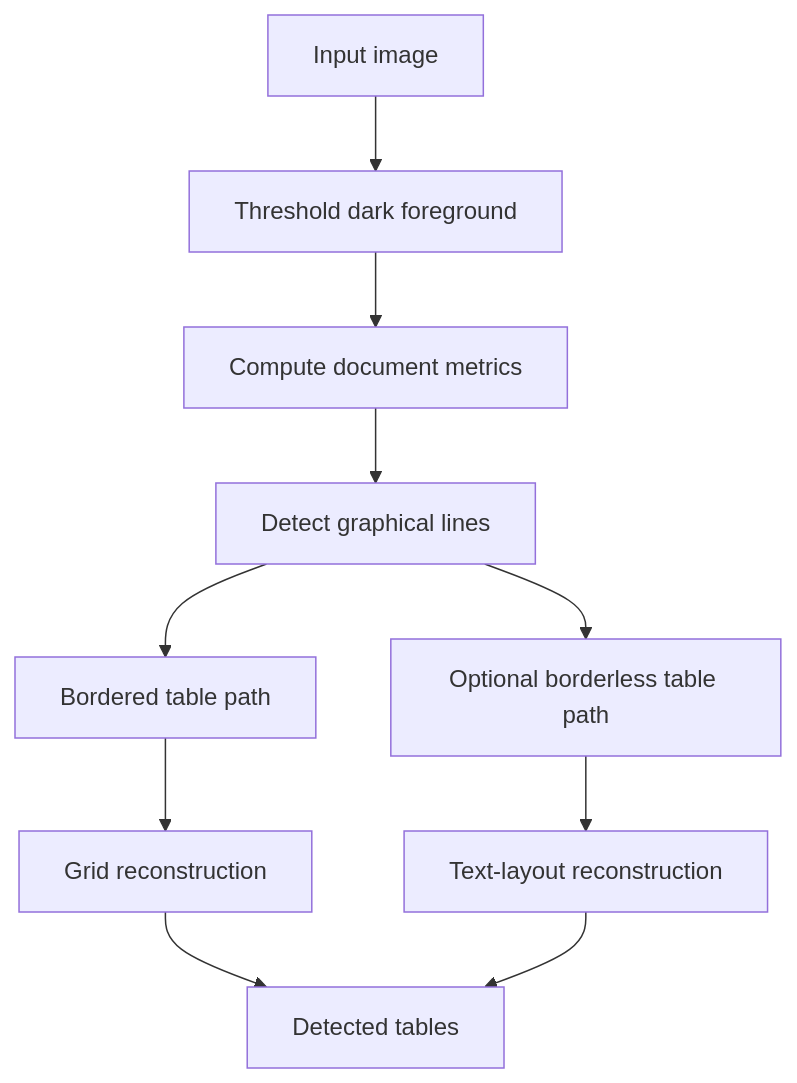
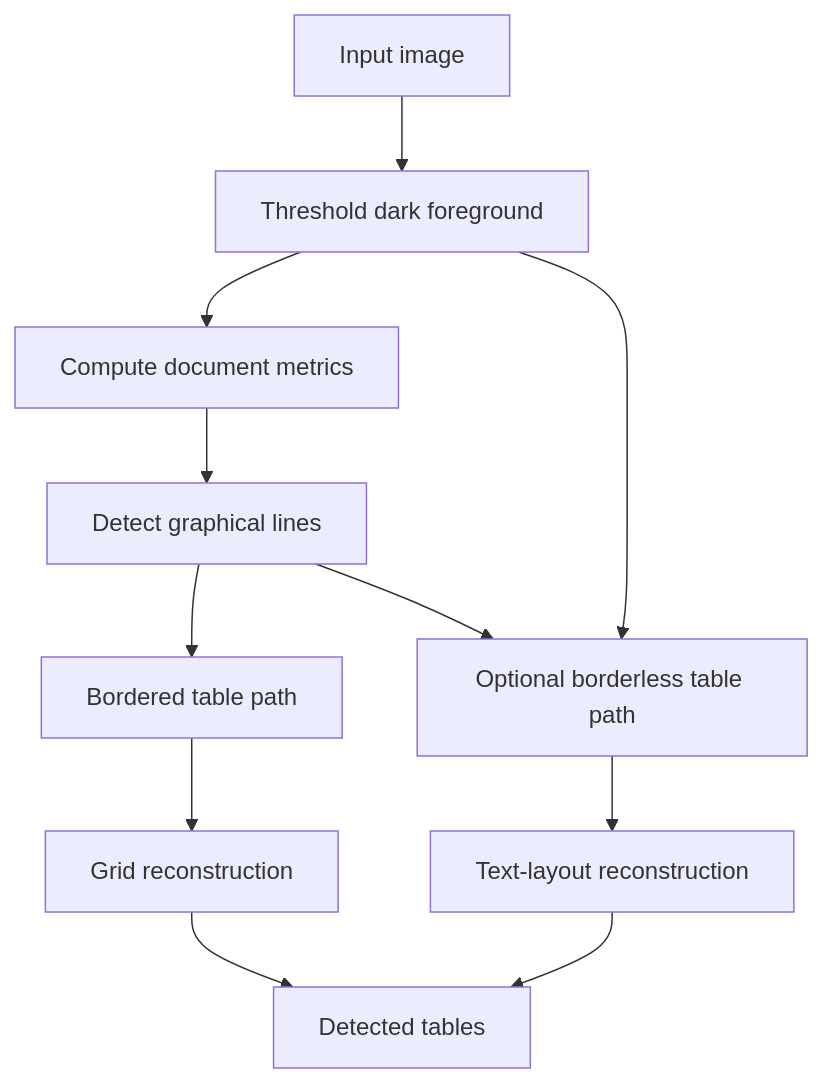
One commit to xavctn/img2table changed the first of 5 diagrams in docs/table-detection-algorithms.md. Above: the diagram before and after it, drawn with Mermaid. The commit also changed other lines of this file and 6 other files, not shown here.

````diff
--- a/docs/table-detection-algorithms.md
+++ b/docs/table-detection-algorithms.md
@@ -26,12 +26,13 @@
 ```mermaid
 flowchart TD
     input[Input image] --> threshold[Threshold dark foreground]
     threshold --> metrics[Compute document metrics]
     metrics --> lines[Detect graphical lines]
     lines --> bordered[Bordered table path]
+    threshold --> borderless[Optional borderless table path]
     lines --> borderless[Optional borderless table path]
     bordered --> grid[Grid reconstruction]
     borderless --> layout[Text-layout reconstruction]
     grid --> tables[Detected tables]
     layout --> tables
 ```
````
